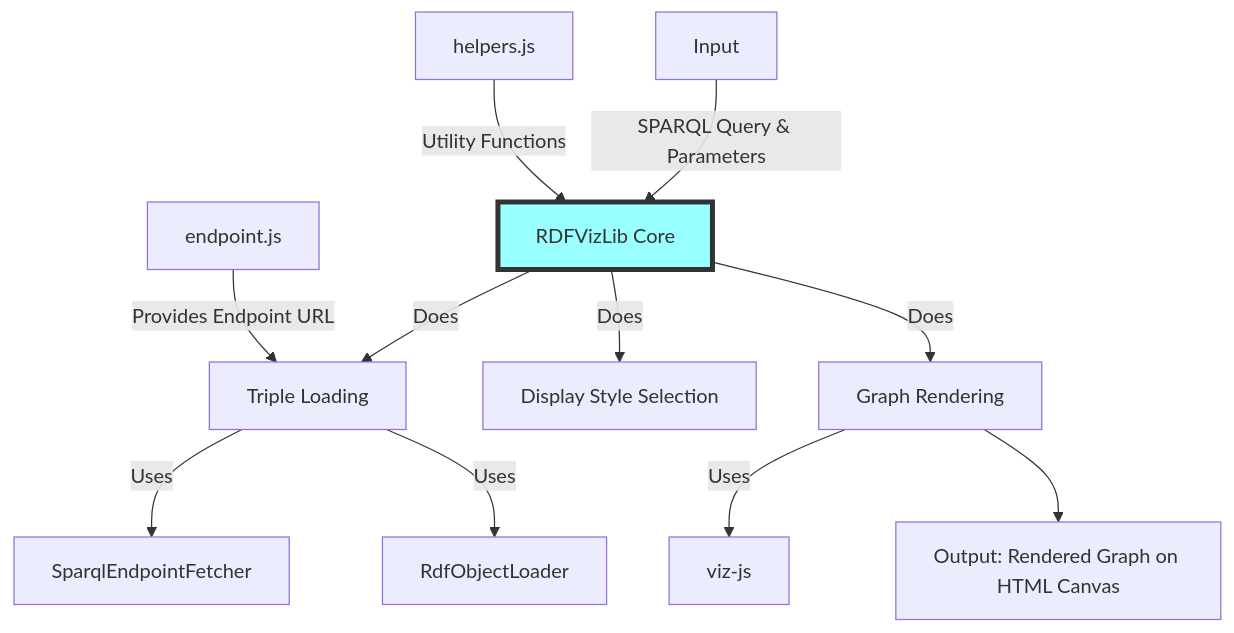
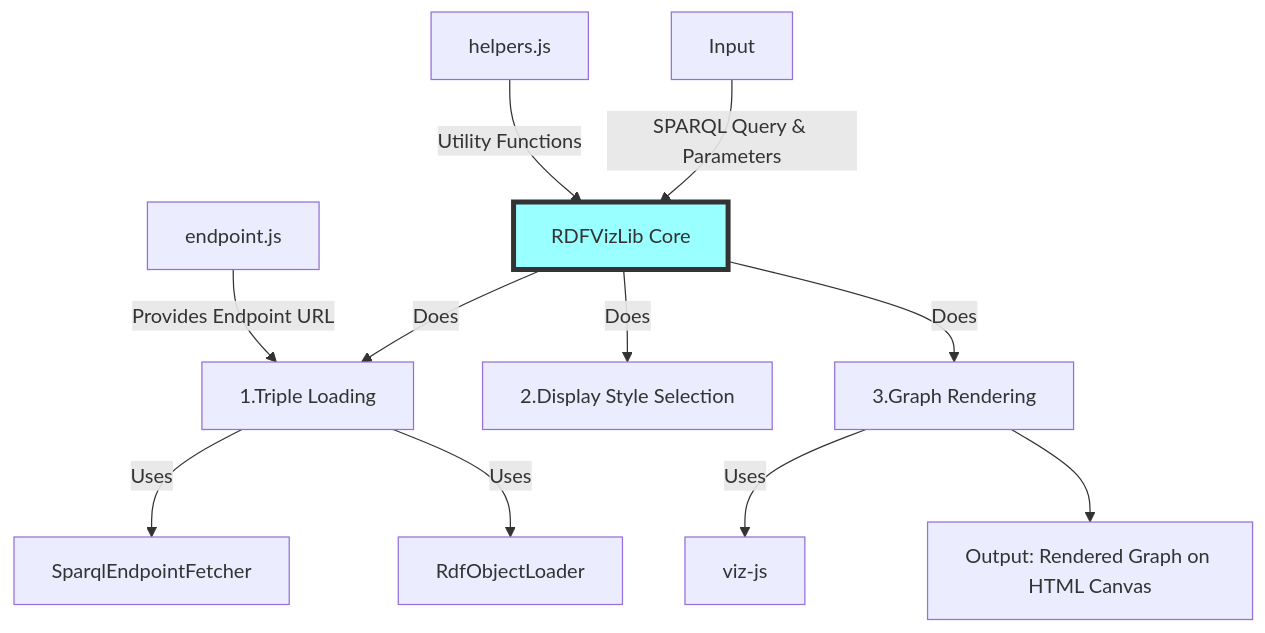
The diagram in Documentation/README.md (architolk/ldt-viz-client), drawn with Mermaid before and after one commit.

Commit message:
Changed architecture diagram

````diff
--- a/Documentation/README.md
+++ b/Documentation/README.md
@@ -4,19 +4,19 @@
 ```mermaid
 graph TD
     A[Input] --> |SPARQL Query & Parameters| B[RDFVizLib Core]
-    B --> |Does| C[Triple Loading]
-    B --> |Does| D[Display Style Selection]
-    B --> |Does| E[Graph Rendering]
+    B --> |Does| C[1.Triple Loading]
+    B --> |Does| D[2.Display Style Selection]
+    B --> |Does| E[3.Graph Rendering]
     
     C --> |Uses| F[SparqlEndpointFetcher]
     C --> |Uses| G[RdfObjectLoader]
     
     E --> |Uses| H[viz-js]
     
     I[endpoint.js] --> |Provides Endpoint URL| C
     J[helpers.js] --> |Utility Functions| B
     
     E --> K[Output: Rendered Graph on HTML Canvas]
 
     style B fill:#9ff,stroke:#333,stroke-width:4px
 ```
````
